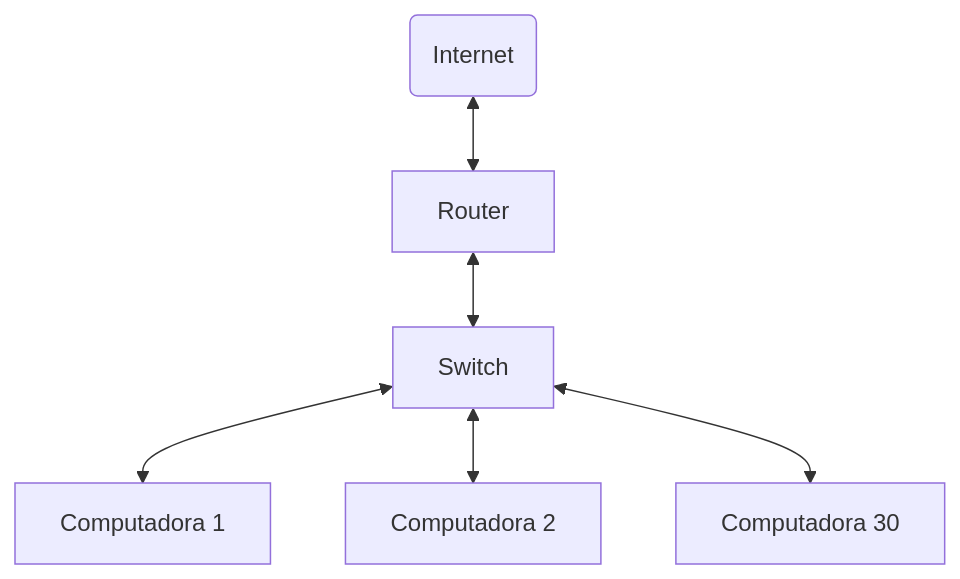
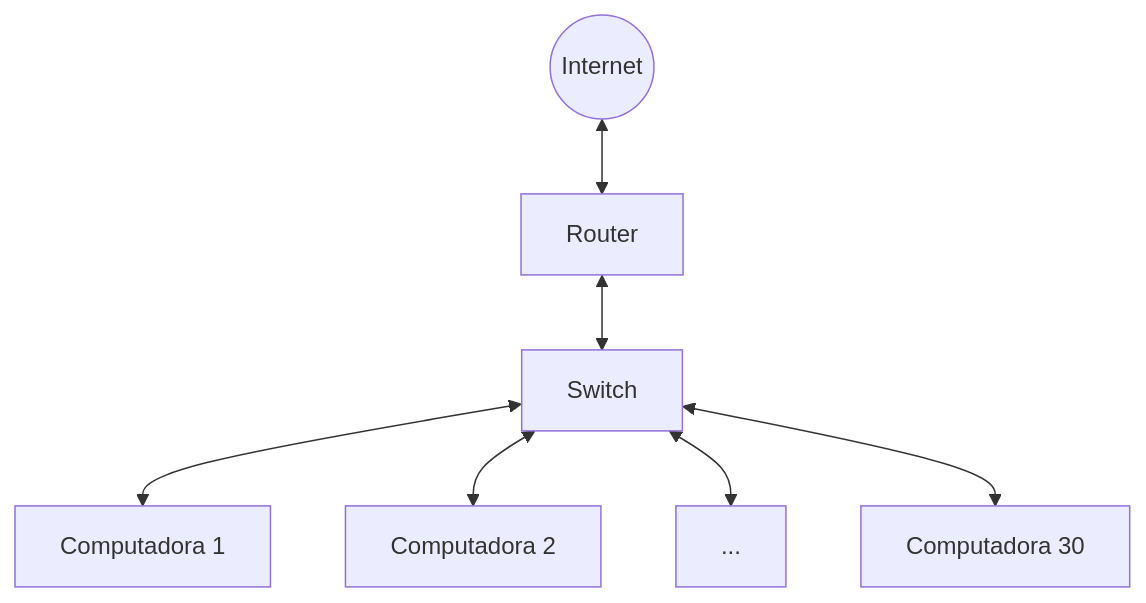
Before and after one commit to mvvillanueva1706-lgtm/Taller-de-Redes-TP-3: the diagram in Trabajo Práctico N°3.md, drawn with Mermaid.

Commit message:
Update diagram notation in Trabajo Práctico N°3.md

````diff
--- a/Trabajo Práctico N°3.md
+++ b/Trabajo Práctico N°3.md
@@ -52,9 +52,10 @@
 ```mermaid
 flowchart TD
-    A(Internet) <--> B[Router]
+    A((Internet)) <--> B[Router]
     B <--> C[Switch]
 
     C <--> PC1[Computadora 1]
     C <--> PC2[Computadora 2]
+    C <--> ...[...]
     C <--> PC30[Computadora 30]
 ```
````
